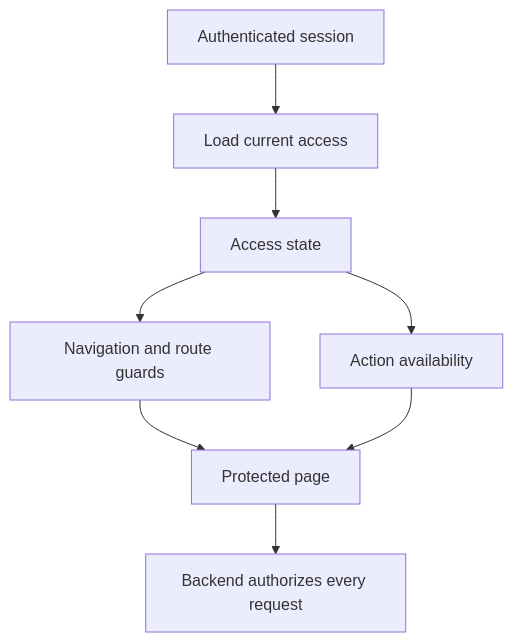
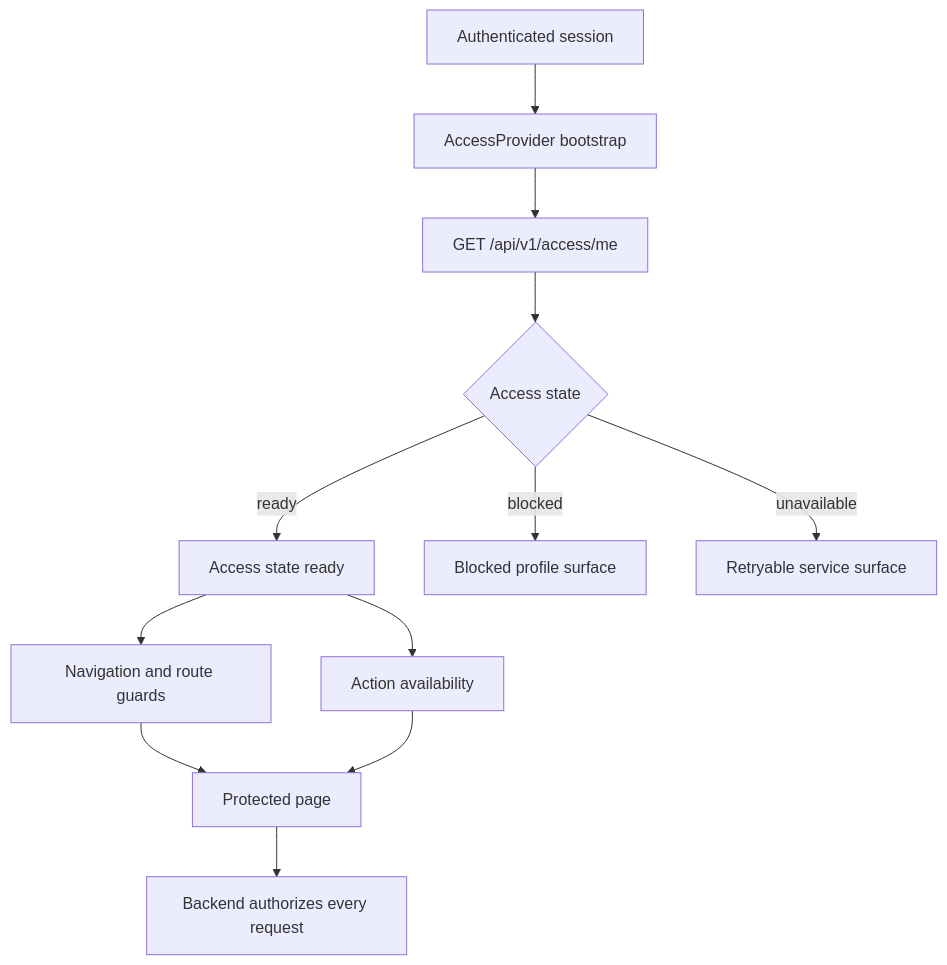
One commit to luiscm17/colibri-hub changed the diagram in frontend/docs/features/access-control.md. Above: the diagram before and after it, drawn with Mermaid. The commit also changed other lines of this file and 2 other files, not shown here.

Commit message:
docs(access): align access control docs with authentication boundary

````diff
--- a/frontend/docs/features/access-control.md
+++ b/frontend/docs/features/access-control.md
@@ -43,10 +41,14 @@
 ```mermaid
 flowchart TD
-    A[Authenticated session] --> B[Load current access]
-    B --> C[Access state]
-    C --> D[Navigation and route guards]
-    C --> E[Action availability]
-    D --> F[Protected page]
-    E --> F
-    F --> G[Backend authorizes every request]
+    A[Authenticated session] --> B[AccessProvider bootstrap]
+    B --> C[GET /api/v1/access/me]
+    C --> D{Access state}
+    D -->|ready| E[Access state ready]
+    D -->|blocked| G[Blocked profile surface]
+    D -->|unavailable| H[Retryable service surface]
+    E --> F[Navigation and route guards]
+    E --> I[Action availability]
+    F --> J[Protected page]
+    I --> J
+    J --> K[Backend authorizes every request]
 ```
````
